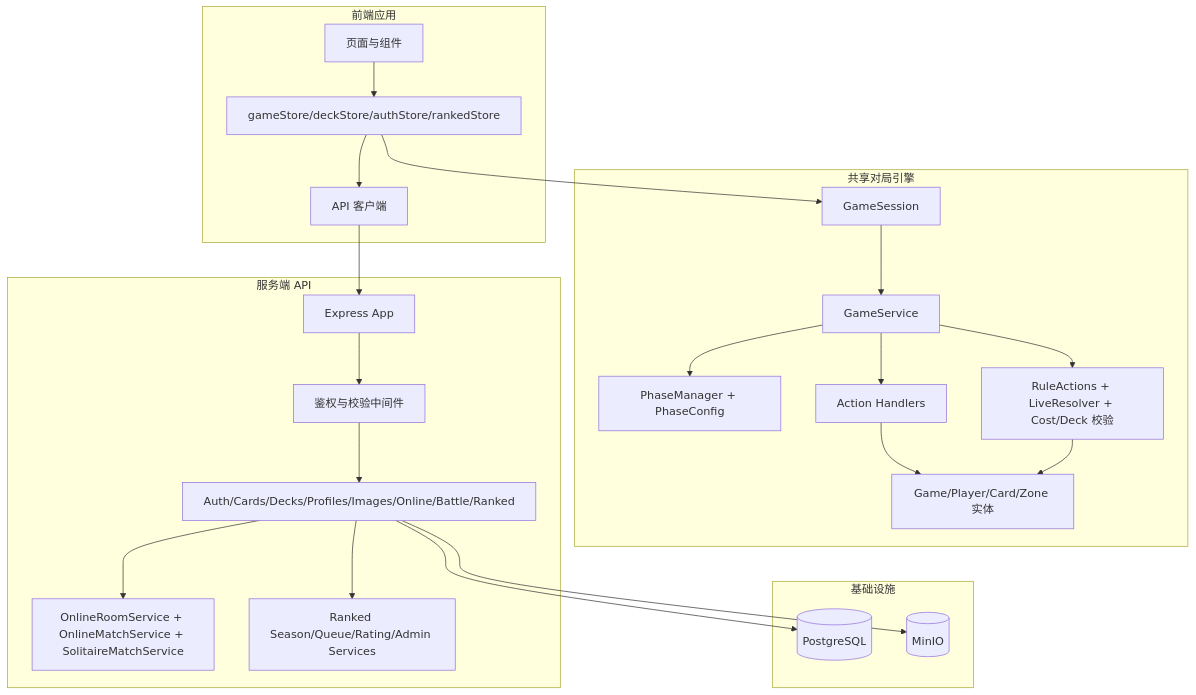
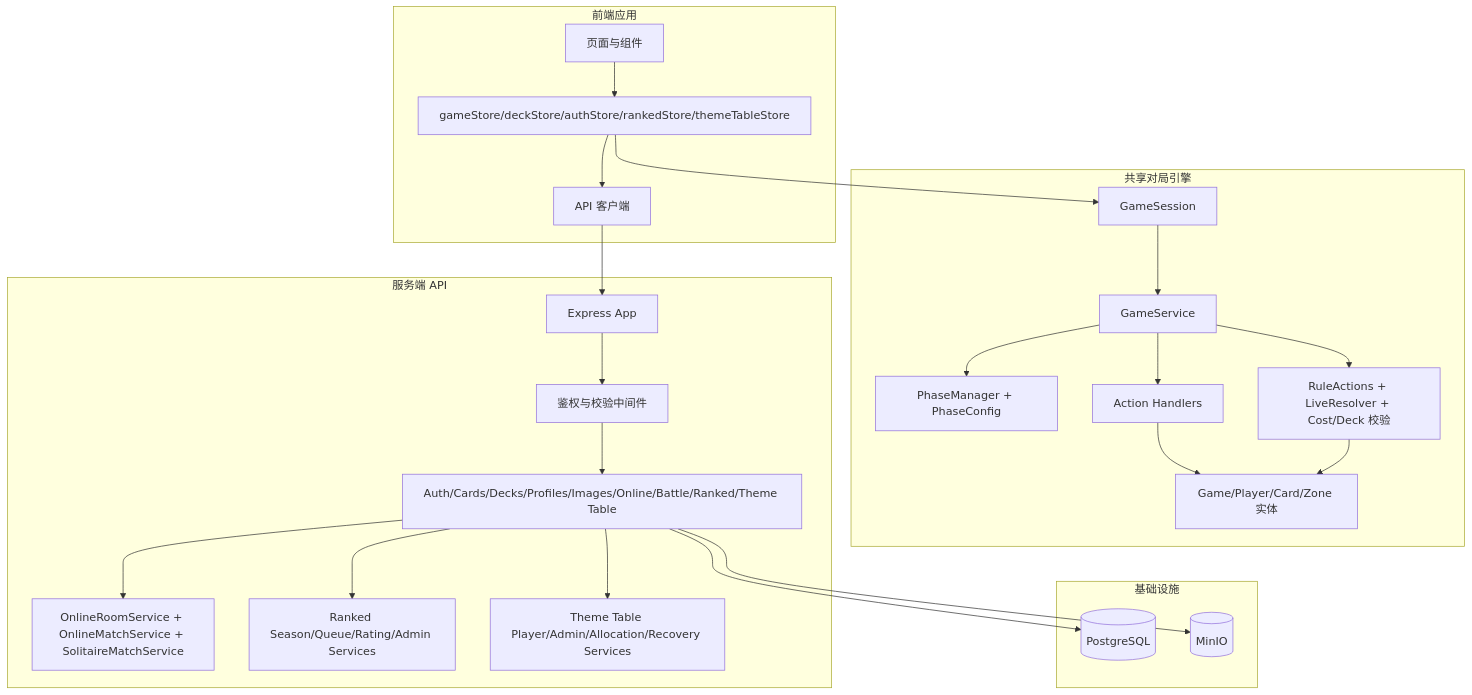
The first of 9 diagrams in docs/system-design.md (catmeow123456/loveca-dev), drawn with Mermaid before and after one commit. The commit also changed other lines of this file and 42 other files, not shown here.

````diff
--- a/docs/system-design.md
+++ b/docs/system-design.md
@@ -33,48 +33,50 @@
 ```mermaid
 graph TB
     subgraph Client[前端应用]
         UI[页面与组件]
-        GS[gameStore/deckStore/authStore/rankedStore]
+        GS[gameStore/deckStore/authStore/rankedStore/themeTableStore]
         APIClient[API 客户端]
     end
 
     subgraph Engine[共享对局引擎]
         Session[GameSession]
         Service[GameService]
         Phase[PhaseManager + PhaseConfig]
         Handlers[Action Handlers]
         Rules[RuleActions + LiveResolver + Cost/Deck 校验]
         Domain[Game/Player/Card/Zone 实体]
     end
 
     subgraph Server[服务端 API]
         App[Express App]
-        Routes[Auth/Cards/Decks/Profiles/Images/Online/Battle/Ranked]
+        Routes[Auth/Cards/Decks/Profiles/Images/Online/Battle/Ranked/Theme Table]
         Middleware[鉴权与校验中间件]
         OnlineSvc[OnlineRoomService + OnlineMatchService + SolitaireMatchService]
         RankedSvc[Ranked Season/Queue/Rating/Admin Services]
+        ThemeSvc[Theme Table Player/Admin/Allocation/Recovery Services]
     end
 
     subgraph Infra[基础设施]
         PG[(PostgreSQL)]
         MinIO[(MinIO)]
     end
 
     UI --> GS
     GS --> Session
     Session --> Service
     Service --> Phase
     Service --> Handlers
     Service --> Rules
     Handlers --> Domain
     Rules --> Domain
 
     GS --> APIClient
     APIClient --> App
     App --> Middleware
     Middleware --> Routes
     Routes --> OnlineSvc
     Routes --> RankedSvc
+    Routes --> ThemeSvc
     Routes --> PG
     Routes --> MinIO
 ```
````
